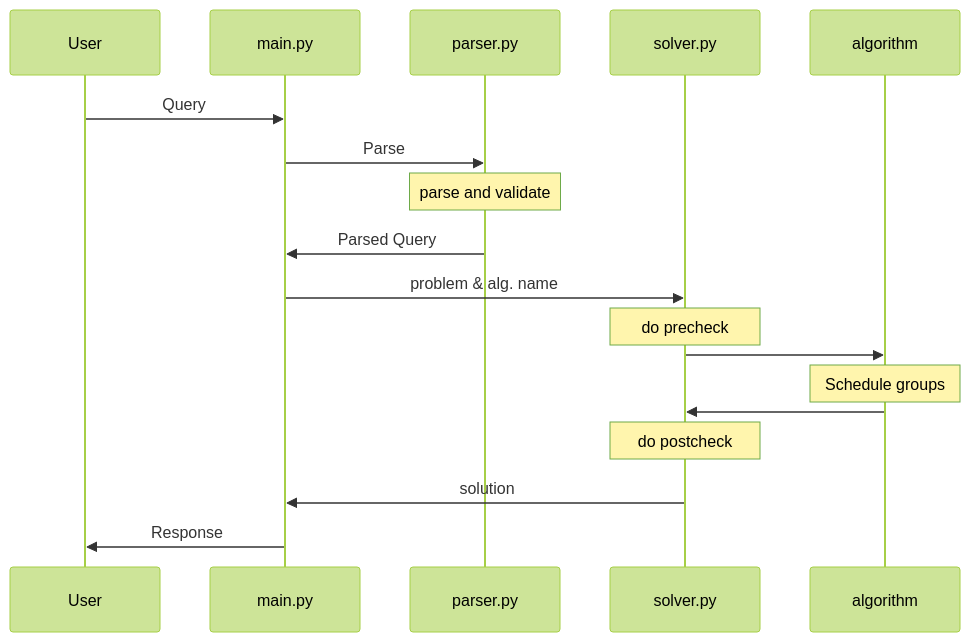
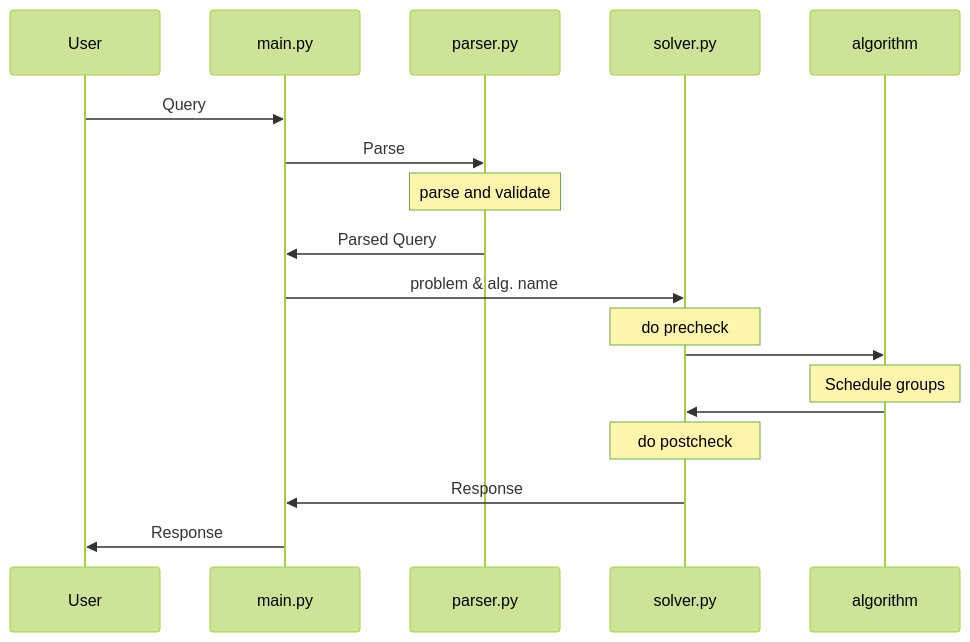
The first of 2 diagrams in docs/architecture.md (jakjank/class-scheduling-service), drawn with Mermaid (forest theme) before and after one commit. The commit also changed other lines of this file, not shown here.

Commit message:
update sequence diagrams

````diff
--- a/docs/architecture.md
+++ b/docs/architecture.md
@@ -17,15 +17,15 @@
 ```mermaid
 sequenceDiagram
     User->>main.py: Query
     main.py->>parser.py: Parse
     Note over parser.py: parse and validate
     parser.py->>main.py: Parsed Query
     main.py->>solver.py: problem & alg. name
     Note over solver.py: do precheck
     solver.py->>algorithm:
     Note over algorithm: Schedule groups
     algorithm->>solver.py:
     Note over solver.py: do postcheck
-    solver.py->>main.py: solution
+    solver.py->>main.py: Response
     main.py->>User: Response
 ```
````
